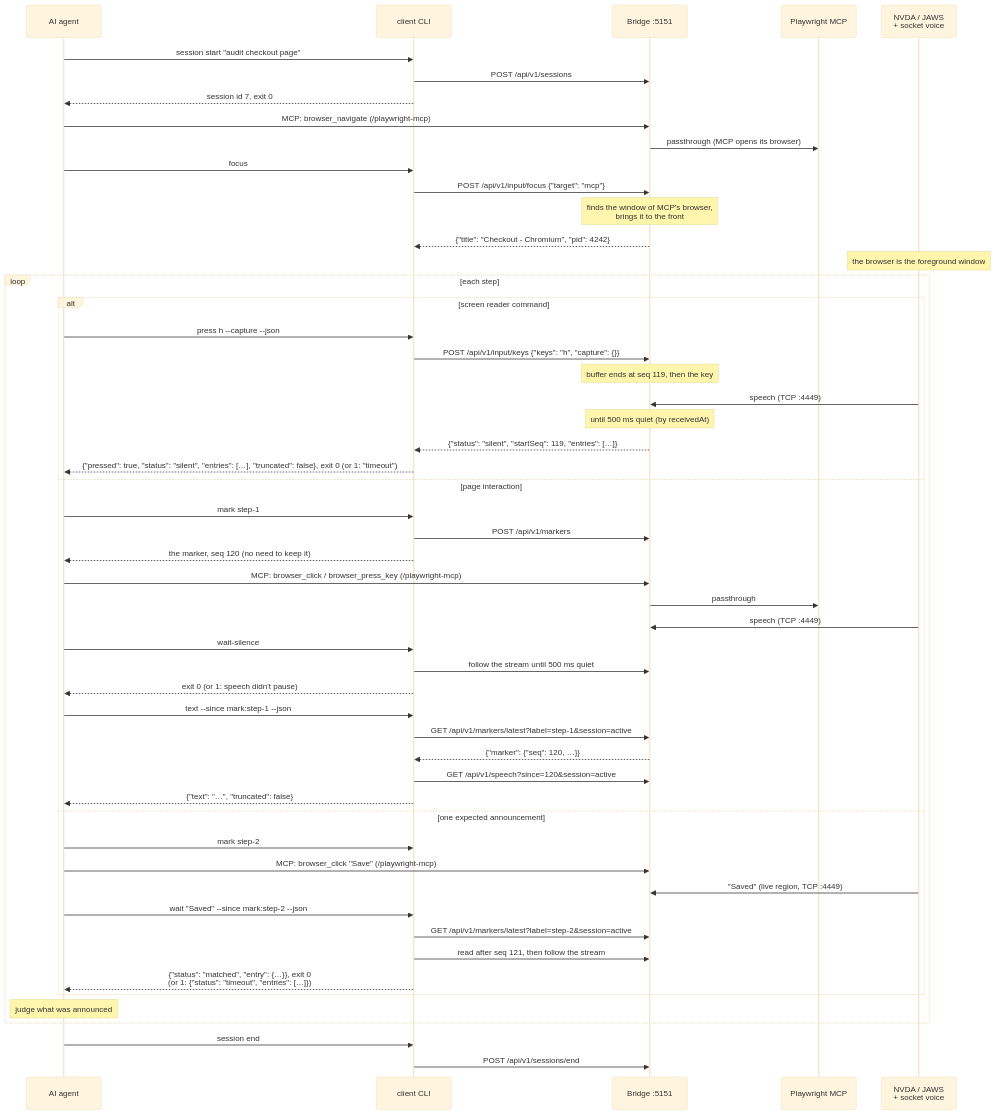
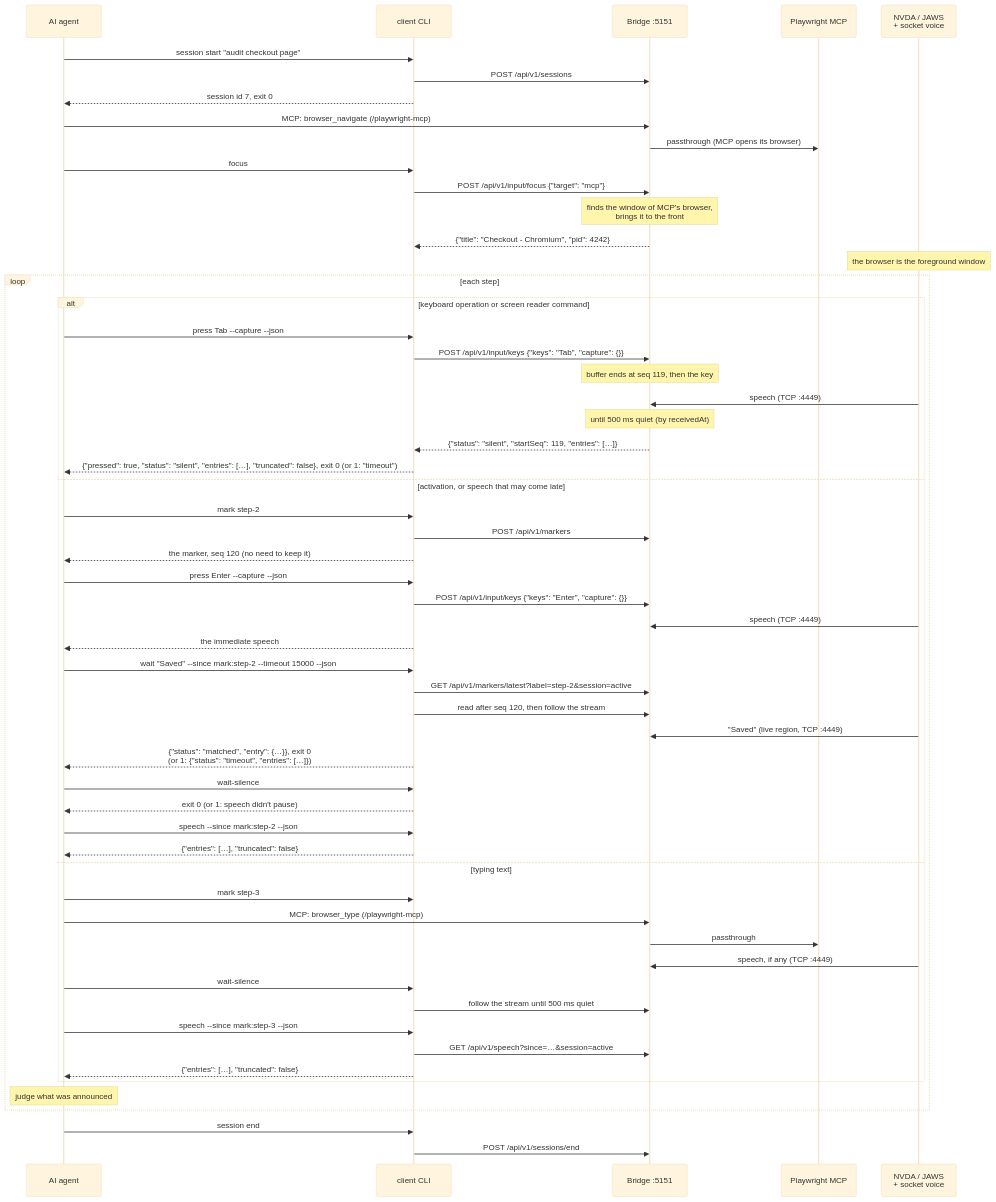
The second of 4 diagrams in docs/usage/flows/agents.md (TimoSto/screenreader-speech-capture), drawn with Mermaid (base theme) before and after one commit. The commit also changed other lines of this file and 6 other files, not shown here.

````diff
--- a/docs/usage/flows/agents.md
+++ b/docs/usage/flows/agents.md
@@ -55,56 +58,60 @@
 ```mermaid
 sequenceDiagram
     participant A as AI agent
     participant CLI as client CLI
     participant B as Bridge :5151
     participant MCP as Playwright MCP
     participant SR as NVDA / JAWS<br/>+ socket voice
 
     A->>CLI: session start "audit checkout page"
     CLI->>B: POST /api/v1/sessions
     CLI-->>A: session id 7, exit 0
     A->>B: MCP: browser_navigate (/playwright-mcp)
     B->>MCP: passthrough (MCP opens its browser)
     A->>CLI: focus
     CLI->>B: POST /api/v1/input/focus {"target": "mcp"}
     Note over B: finds the window of MCP's browser,<br/>brings it to the front
     B-->>CLI: {"title": "Checkout - Chromium", "pid": 4242}
     Note over SR: the browser is the foreground window
     loop each step
-        alt screen reader command
-            A->>CLI: press h --capture --json
-            CLI->>B: POST /api/v1/input/keys {"keys": "h", "capture": {}}
+        alt keyboard operation or screen reader command
+            A->>CLI: press Tab --capture --json
+            CLI->>B: POST /api/v1/input/keys {"keys": "Tab", "capture": {}}
             Note over B: buffer ends at seq 119, then the key
             SR->>B: speech (TCP :4449)
             Note over B: until 500 ms quiet (by receivedAt)
             B-->>CLI: {"status": "silent", "startSeq": 119, "entries": […]}
             CLI-->>A: {"pressed": true, "status": "silent", "entries": […], "truncated": false}, exit 0 (or 1: "timeout")
-        else page interaction
-            A->>CLI: mark step-1
+        else activation, or speech that may come late
+            A->>CLI: mark step-2
             CLI->>B: POST /api/v1/markers
             CLI-->>A: the marker, seq 120 (no need to keep it)
-            A->>B: MCP: browser_click / browser_press_key (/playwright-mcp)
+            A->>CLI: press Enter --capture --json
+            CLI->>B: POST /api/v1/input/keys {"keys": "Enter", "capture": {}}
+            SR->>B: speech (TCP :4449)
+            CLI-->>A: the immediate speech
+            A->>CLI: wait "Saved" --since mark:step-2 --timeout 15000 --json
+            CLI->>B: GET /api/v1/markers/latest?label=step-2&session=active
+            CLI->>B: read after seq 120, then follow the stream
+            SR->>B: "Saved" (live region, TCP :4449)
+            CLI-->>A: {"status": "matched", "entry": {…}}, exit 0<br/>(or 1: {"status": "timeout", "entries": […]})
+            A->>CLI: wait-silence
+            CLI-->>A: exit 0 (or 1: speech didn't pause)
+            A->>CLI: speech --since mark:step-2 --json
+            CLI-->>A: {"entries": […], "truncated": false}
+        else typing text
+            A->>CLI: mark step-3
+            A->>B: MCP: browser_type (/playwright-mcp)
             B->>MCP: passthrough
-            SR->>B: speech (TCP :4449)
+            SR->>B: speech, if any (TCP :4449)
             A->>CLI: wait-silence
             CLI->>B: follow the stream until 500 ms quiet
-            CLI-->>A: exit 0 (or 1: speech didn't pause)
-            A->>CLI: text --since mark:step-1 --json
-            CLI->>B: GET /api/v1/markers/latest?label=step-1&session=active
-            B-->>CLI: {"marker": {"seq": 120, …}}
-            CLI->>B: GET /api/v1/speech?since=120&session=active
-            CLI-->>A: {"text": "…", "truncated": false}
-        else one expected announcement
-            A->>CLI: mark step-2
-            A->>B: MCP: browser_click "Save" (/playwright-mcp)
-            SR->>B: "Saved" (live region, TCP :4449)
-            A->>CLI: wait "Saved" --since mark:step-2 --json
-            CLI->>B: GET /api/v1/markers/latest?label=step-2&session=active
-            CLI->>B: read after seq 121, then follow the stream
-            CLI-->>A: {"status": "matched", "entry": {…}}, exit 0<br/>(or 1: {"status": "timeout", "entries": […]})
+            A->>CLI: speech --since mark:step-3 --json
+            CLI->>B: GET /api/v1/speech?since=…&session=active
+            CLI-->>A: {"entries": […], "truncated": false}
         end
         Note over A: judge what was announced
     end
     A->>CLI: session end
     CLI->>B: POST /api/v1/sessions/end
 ```
````
